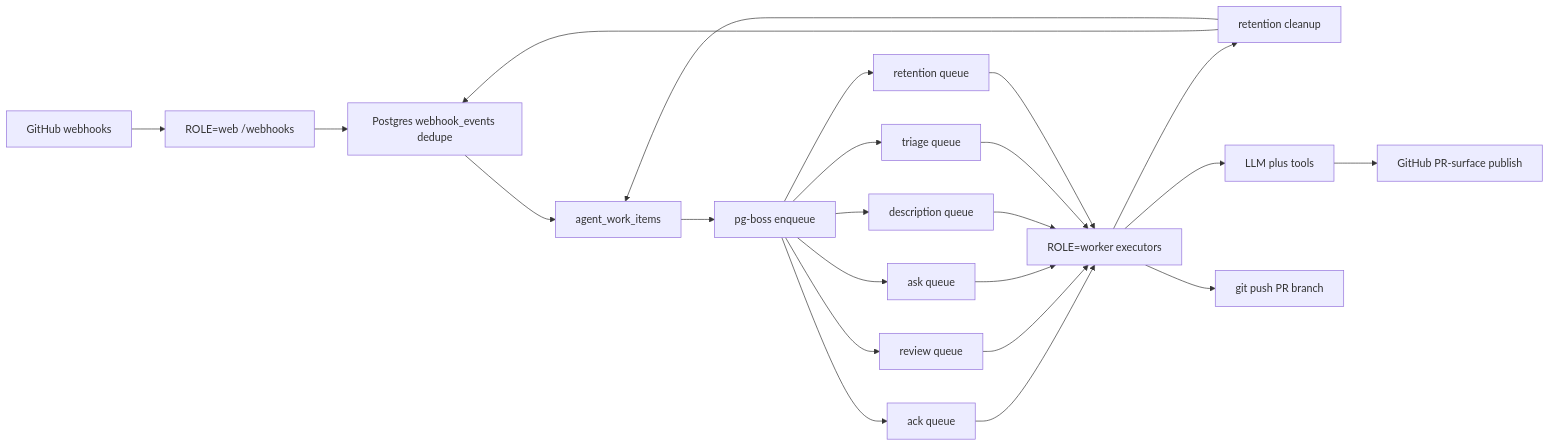
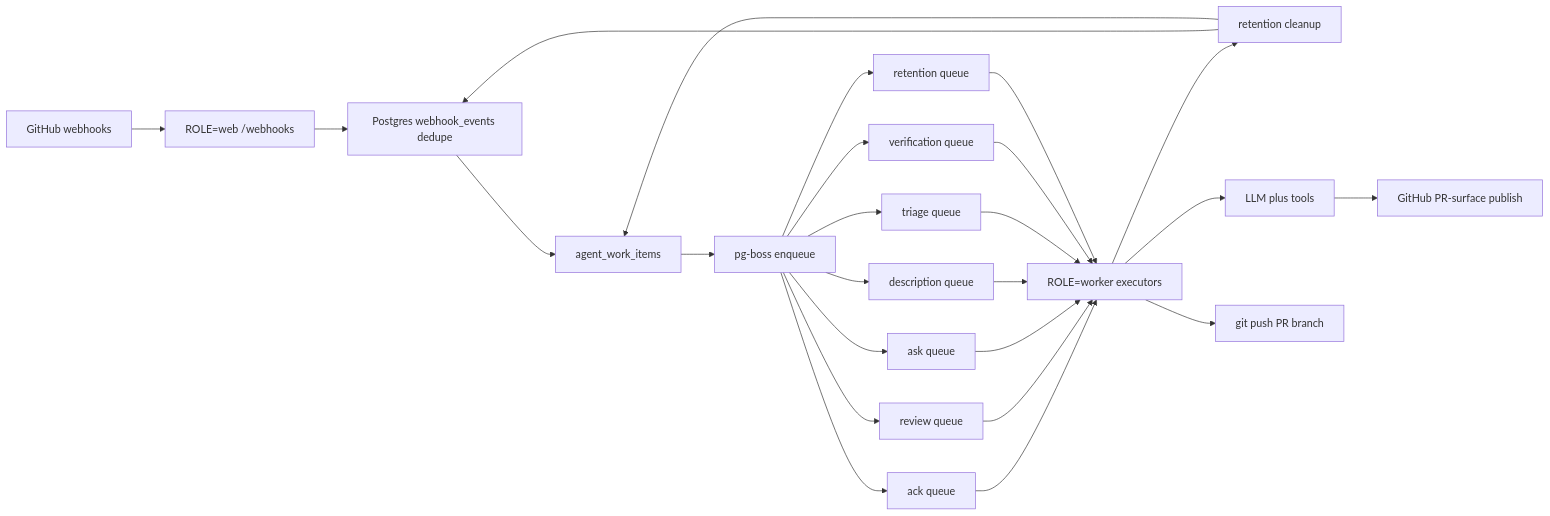
One commit to prathamdby/pr-agent changed the diagram in README.md. Above: the diagram before and after it, drawn with Mermaid. The commit also changed other lines of this file and 67 other files, not shown here.

````diff
--- a/README.md
+++ b/README.md
@@ -211,25 +211,27 @@
 ```mermaid
 flowchart LR
   GitHub[GitHub webhooks] --> Web["ROLE=web /webhooks"]
   Web --> Dedupe[Postgres webhook_events dedupe]
   Dedupe --> Items[agent_work_items]
   Items --> Boss[pg-boss enqueue]
   Boss --> AckQ[ack queue]
   Boss --> RevQ[review queue]
   Boss --> AskQ[ask queue]
   Boss --> DescQ[description queue]
   Boss --> TriageQ[triage queue]
+  Boss --> VerifQ[verification queue]
   Boss --> RetQ[retention queue]
   AckQ --> Worker["ROLE=worker executors"]
   RevQ --> Worker
   AskQ --> Worker
   DescQ --> Worker
   TriageQ --> Worker
+  VerifQ --> Worker
   RetQ --> Worker
   Worker --> Retention[retention cleanup]
   Retention --> Dedupe
   Retention --> Items
   Worker --> LLM[LLM plus tools]
   LLM --> Publish[GitHub PR-surface publish]
   Worker --> Push[git push PR branch]
 ```
````
